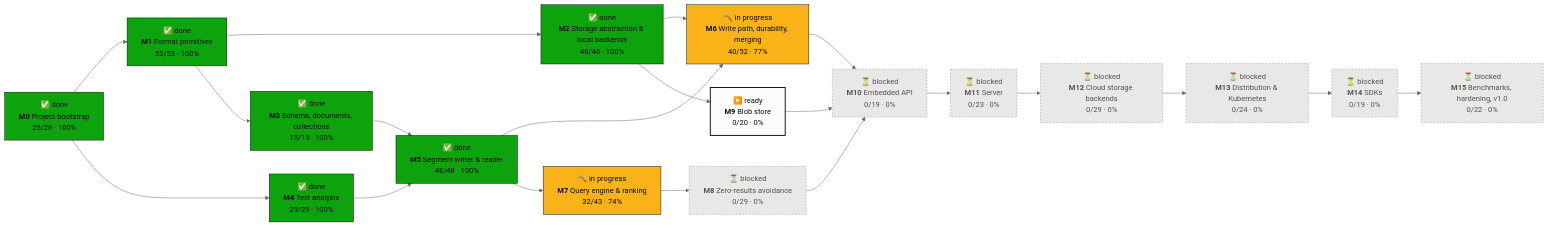
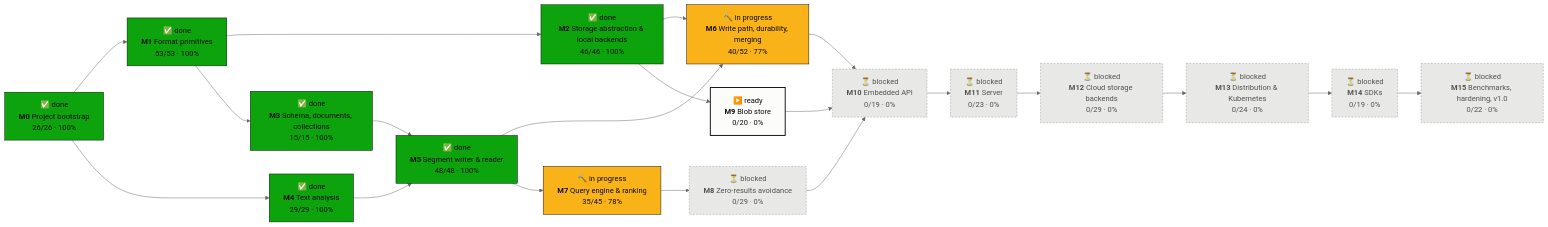
One commit to tomiok/persiaDB changed the first of 2 diagrams in PROGRESS.md. Above: the diagram before and after it, drawn with Mermaid (neutral theme). The commit also changed other lines of this file and 23 other files, not shown here.

First line of the commit message:
Interrupts inside reads, one-pass explain, merged view threshold (ROADMAP 7.6.3, 7.7.2, 7.6.4) (#60)

````diff
--- a/PROGRESS.md
+++ b/PROGRESS.md
@@ -16,42 +16,42 @@
 ```mermaid
 flowchart LR
   M0["✅ done<br/><b>M0</b> Project bootstrap<br/>26/26 · 100%"]:::done
   M1["✅ done<br/><b>M1</b> Format primitives<br/>53/53 · 100%"]:::done
   M2["✅ done<br/><b>M2</b> Storage abstraction & local backends<br/>46/46 · 100%"]:::done
   M3["✅ done<br/><b>M3</b> Schema, documents, collections<br/>15/15 · 100%"]:::done
   M4["✅ done<br/><b>M4</b> Text analysis<br/>29/29 · 100%"]:::done
   M5["✅ done<br/><b>M5</b> Segment writer & reader<br/>48/48 · 100%"]:::done
   M6["🔨 in progress<br/><b>M6</b> Write path, durability, merging<br/>40/52 · 77%"]:::doing
-  M7["🔨 in progress<br/><b>M7</b> Query engine & ranking<br/>32/43 · 74%"]:::doing
+  M7["🔨 in progress<br/><b>M7</b> Query engine & ranking<br/>35/45 · 78%"]:::doing
   M8["⏳ blocked<br/><b>M8</b> Zero-results avoidance<br/>0/29 · 0%"]:::blocked
   M9["▶️ ready<br/><b>M9</b> Blob store<br/>0/20 · 0%"]:::ready
   M10["⏳ blocked<br/><b>M10</b> Embedded API<br/>0/19 · 0%"]:::blocked
   M11["⏳ blocked<br/><b>M11</b> Server<br/>0/23 · 0%"]:::blocked
   M12["⏳ blocked<br/><b>M12</b> Cloud storage backends<br/>0/29 · 0%"]:::blocked
   M13["⏳ blocked<br/><b>M13</b> Distribution & Kubernetes<br/>0/24 · 0%"]:::blocked
   M14["⏳ blocked<br/><b>M14</b> SDKs<br/>0/19 · 0%"]:::blocked
   M15["⏳ blocked<br/><b>M15</b> Benchmarks, hardening, v1.0<br/>0/22 · 0%"]:::blocked
   M0 --> M1
   M1 --> M2
   M1 --> M3
   M0 --> M4
   M3 --> M5
   M4 --> M5
   M2 --> M6
   M5 --> M6
   M5 --> M7
   M7 --> M8
   M2 --> M9
   M6 --> M10
   M8 --> M10
   M9 --> M10
   M10 --> M11
   M11 --> M12
   M12 --> M13
   M13 --> M14
   M14 --> M15
   classDef done fill:#0ca30c,stroke:#0b0b0b,color:#0b0b0b
   classDef doing fill:#fab219,stroke:#0b0b0b,color:#0b0b0b
   classDef ready fill:#fcfcfb,stroke:#0b0b0b,stroke-width:2px,color:#0b0b0b
   classDef blocked fill:#e8e8e6,stroke:#9a9a96,stroke-dasharray:4 3,color:#52514e
 ```
````
